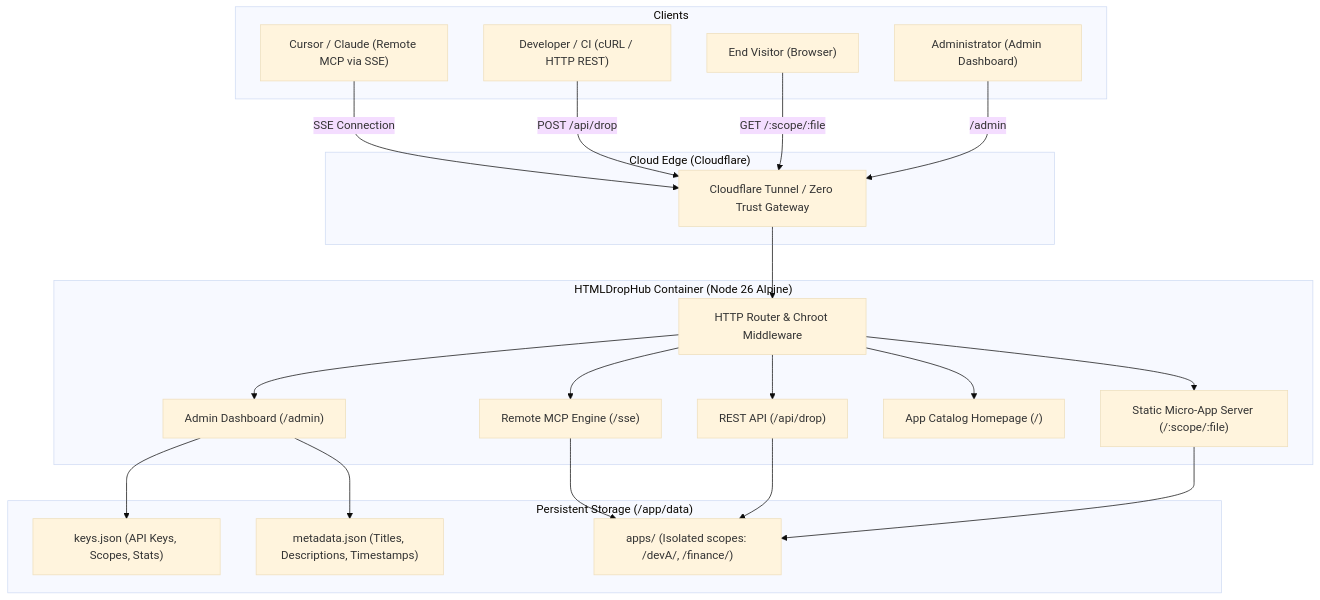
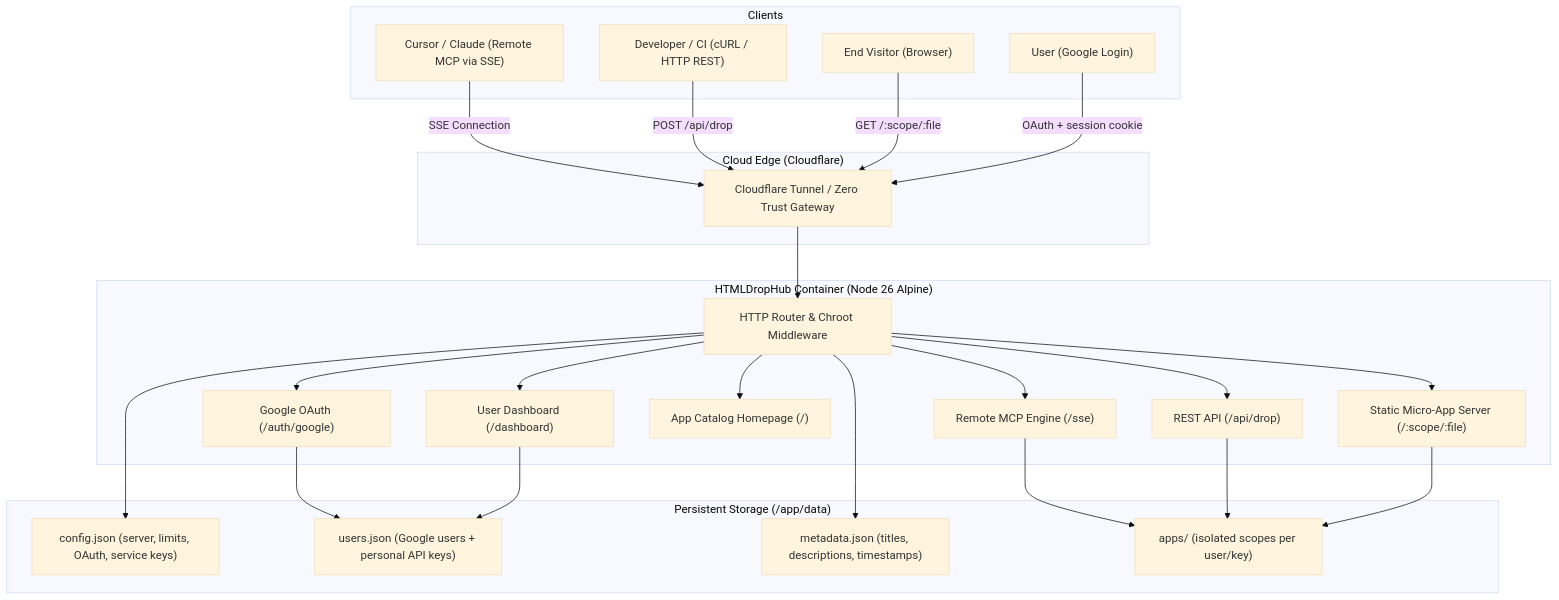
The diagram in README.md (poiu124disk/HTMLDropHub), drawn with Mermaid (base theme) before and after one commit. The commit also changed other lines of this file and 30 other files, not shown here.

Commit message:
feat: add Google multi-user login and configurable per-user API key limits

````diff
--- a/README.md
+++ b/README.md
@@ -36,46 +41,51 @@
 ```mermaid
 flowchart TD
     subgraph Clients["Clients"]
         Cursor["Cursor / Claude (Remote MCP via SSE)"]
         Dev["Developer / CI (cURL / HTTP REST)"]
         Guest["End Visitor (Browser)"]
-        Admin["Administrator (Admin Dashboard)"]
+        User["User (Google Login)"]
     end
 
     subgraph Tunnel["Cloud Edge (Cloudflare)"]
         CF["Cloudflare Tunnel / Zero Trust Gateway"]
     end
 
     subgraph Engine["HTMLDropHub Container (Node 26 Alpine)"]
         Router["HTTP Router & Chroot Middleware"]
         SSE["Remote MCP Engine (/sse)"]
         REST["REST API (/api/drop)"]
         Static["Static Micro-App Server (/:scope/:file)"]
         CatalogUI["App Catalog Homepage (/)"]
-        AdminUI["Admin Dashboard (/admin)"]
+        Auth["Google OAuth (/auth/google)"]
+        Dashboard["User Dashboard (/dashboard)"]
     end
 
     subgraph Storage["Persistent Storage (/app/data)"]
-        Keys["keys.json (API Keys, Scopes, Stats)"]
-        Meta["metadata.json (Titles, Descriptions, Timestamps)"]
-        Apps["apps/ (Isolated scopes: /devA/, /finance/)"]
+        Config["config.json (server, limits, OAuth, service keys)"]
+        Users["users.json (Google users + personal API keys)"]
+        Meta["metadata.json (titles, descriptions, timestamps)"]
+        Apps["apps/ (isolated scopes per user/key)"]
     end
 
     Cursor -->|SSE Connection| CF
     Dev -->|POST /api/drop| CF
     Guest -->|GET /:scope/:file| CF
-    Admin -->|/admin| CF
+    User -->|OAuth + session cookie| CF
 
     CF --> Router
     Router --> SSE
     Router --> REST
     Router --> Static
     Router --> CatalogUI
-    Router --> AdminUI
+    Router --> Auth
+    Router --> Dashboard
 
+    Auth --> Users
+    Dashboard --> Users
     SSE --> Apps
     REST --> Apps
     Static --> Apps
-    AdminUI --> Keys
-    AdminUI --> Meta
+    Router --> Config
+    Router --> Meta
 ```
````
